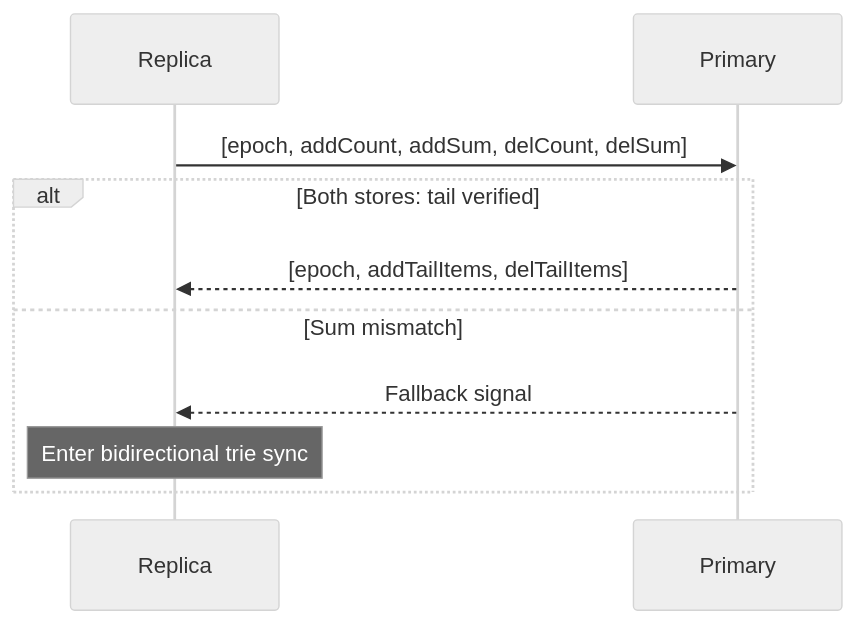
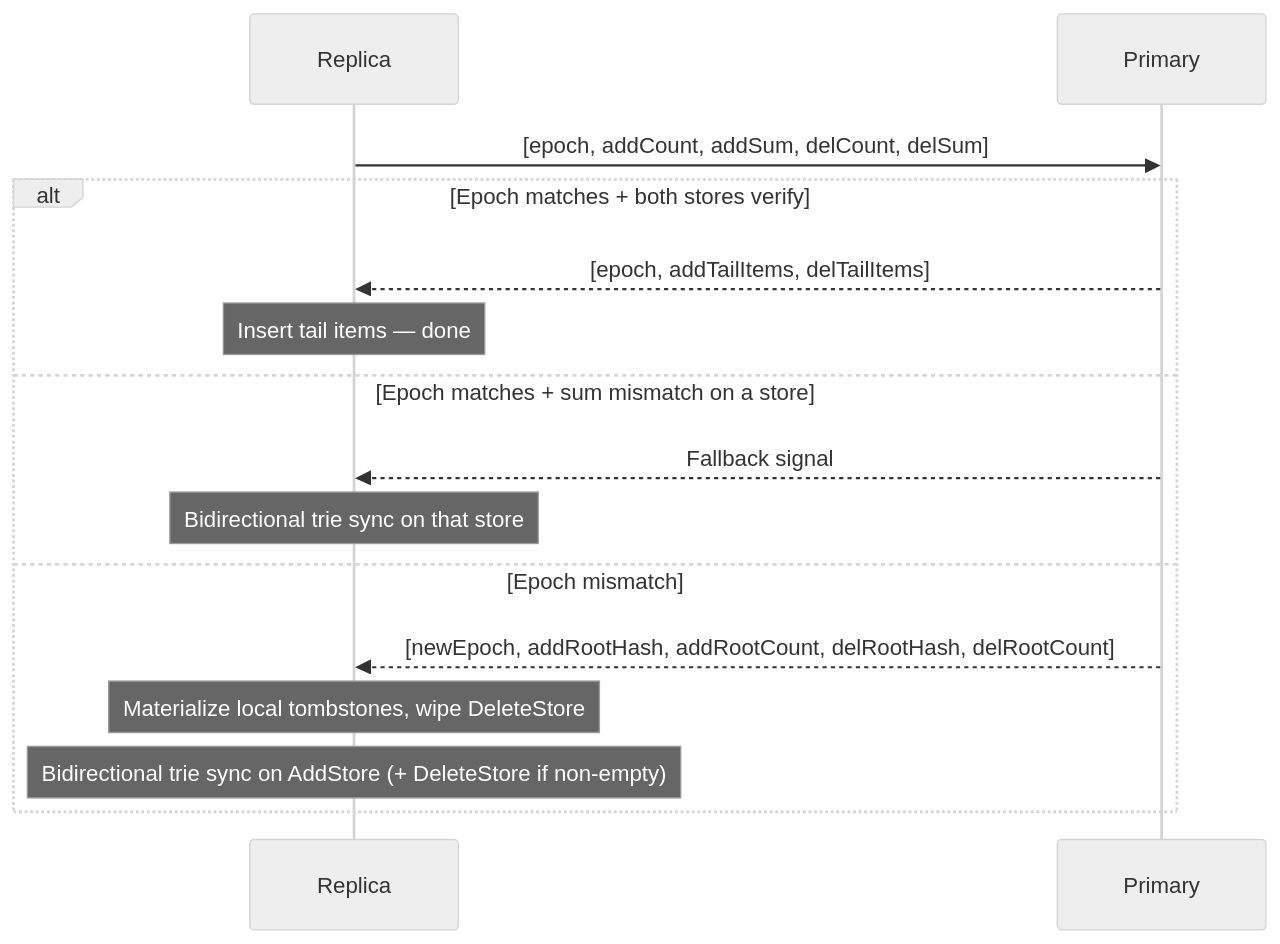
The first of 2 diagrams in SetSum/Sync/README.md (arj03/setsum-cs), drawn with Mermaid (neutral theme) before and after one commit. The commit also changed other lines of this file, not shown here.

Commit message:
Integrate delete as a core part of the protocol

````diff
--- a/SetSum/Sync/README.md
+++ b/SetSum/Sync/README.md
@@ -38,13 +39,19 @@
 ```mermaid
 sequenceDiagram
     participant R as Replica
     participant P as Primary
 
     R->>P: [epoch, addCount, addSum, delCount, delSum]
-    alt Both stores: tail verified
+
+    alt Epoch matches + both stores verify
         P-->>R: [epoch, addTailItems, delTailItems]
-    else Sum mismatch
+        Note over R: Insert tail items — done
+    else Epoch matches + sum mismatch on a store
         P-->>R: Fallback signal
-        Note over R: Enter bidirectional trie sync
+        Note over R: Bidirectional trie sync on that store
+    else Epoch mismatch
+        P-->>R: [newEpoch, addRootHash, addRootCount, delRootHash, delRootCount]
+        Note over R: Materialize local tombstones, wipe DeleteStore
+        Note over R: Bidirectional trie sync on AddStore (+ DeleteStore if non-empty)
     end
 ```
````
